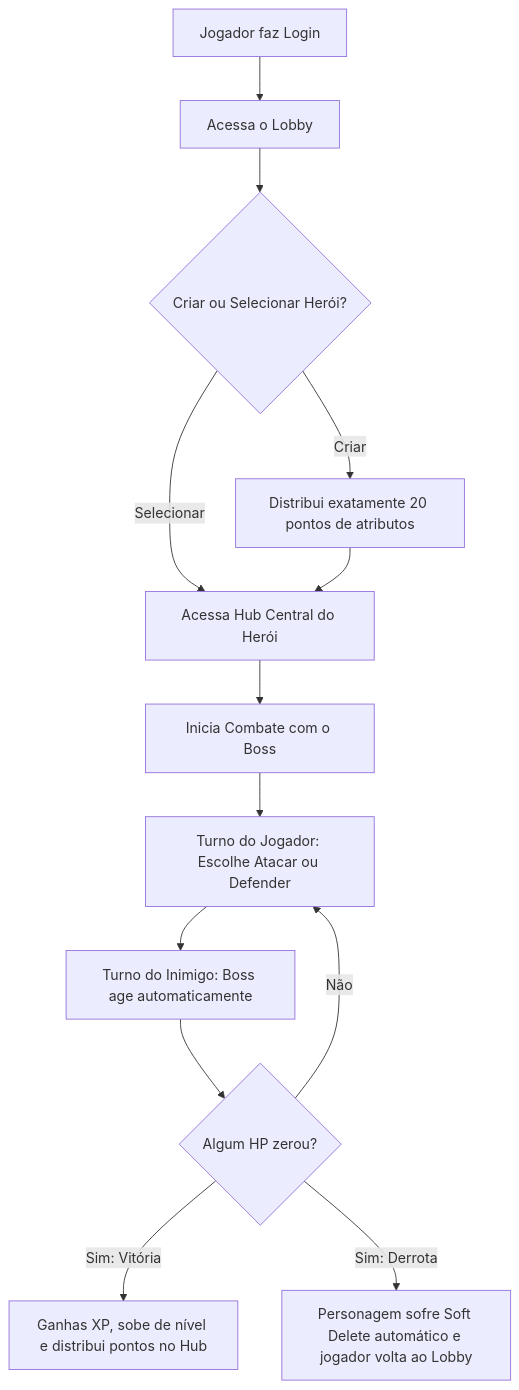
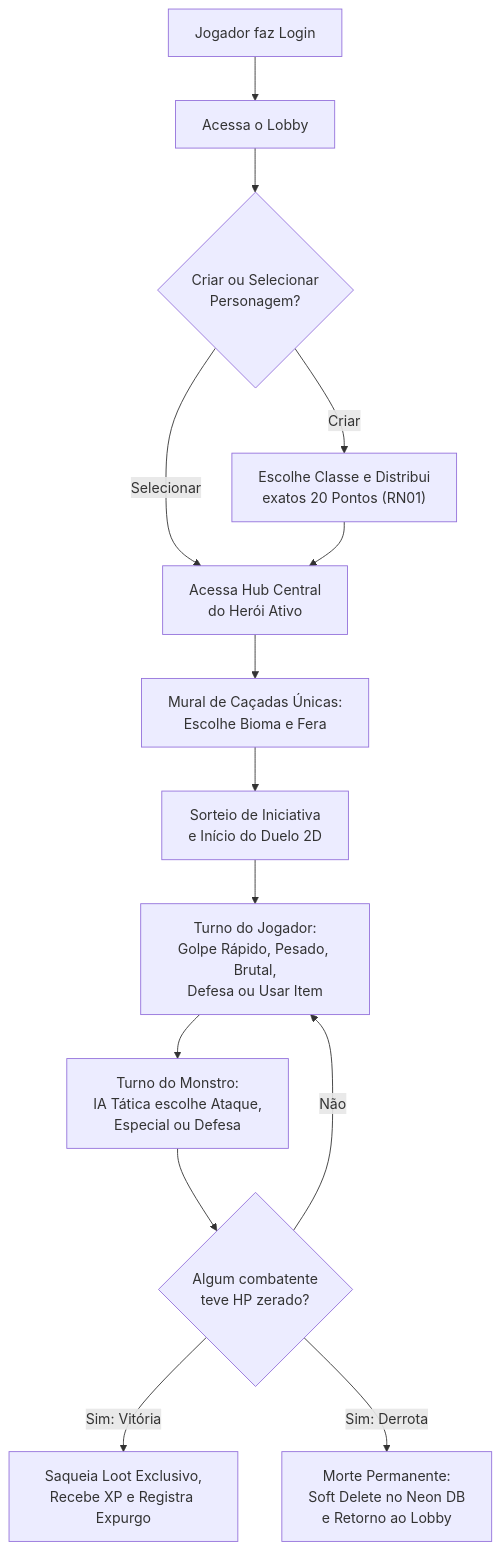
Before and after one commit to Gabriel-Soaress/Fracture_POO_Project: the first of 2 diagrams in projeto-game/config_docs/entregas/documento_entregas_projeto.md, drawn with Mermaid. The commit also changed other lines of this file and 217 other files, not shown here.

````diff
--- a/projeto-game/config_docs/entregas/documento_entregas_projeto.md
+++ b/projeto-game/config_docs/entregas/documento_entregas_projeto.md
@@ -50,15 +51,16 @@
 ```mermaid
 graph TD
-    A[Jogador faz Login] --> B[Acessa o Lobby]
-    B --> C{Criar ou Selecionar Herói?}
-    C -->|Criar| D[Distribui exatamente 20 pontos de atributos]
-    C -->|Selecionar| E[Acessa Hub Central do Herói]
+    A["Jogador faz Login"] --> B["Acessa o Lobby"]
+    B --> C{"Criar ou Selecionar<br/>Personagem?"}
+    C -->|Criar| D["Escolhe Classe e Distribui<br/>exatos 20 Pontos (RN01)"]
+    C -->|Selecionar| E["Acessa Hub Central<br/>do Herói Ativo"]
     D --> E
-    E --> F[Inicia Combate com o Boss]
-    F --> G[Turno do Jogador: Escolhe Atacar ou Defender]
-    G --> H[Turno do Inimigo: Boss age automaticamente]
-    H --> I{Algum HP zerou?}
-    I -->|Não| G
-    I -->|Sim: Vitória| J[Ganhas XP, sobe de nível e distribui pontos no Hub]
-    I -->|Sim: Derrota| K[Personagem sofre Soft Delete automático e jogador volta ao Lobby]
+    E --> F["Mural de Caçadas Únicas:<br/>Escolhe Bioma e Fera"]
+    F --> G["Sorteio de Iniciativa<br/>e Início do Duelo 2D"]
+    G --> H["Turno do Jogador:<br/>Golpe Rápido, Pesado, Brutal,<br/>Defesa ou Usar Item"]
+    H --> I["Turno do Monstro:<br/>IA Tática escolhe Ataque,<br/>Especial ou Defesa"]
+    I --> J{"Algum combatente<br/>teve HP zerado?"}
+    J -->|Não| H
+    J -->|Sim: Vitória| K["Saqueia Loot Exclusivo,<br/>Recebe XP e Registra Expurgo"]
+    J -->|Sim: Derrota| L["Morte Permanente:<br/>Soft Delete no Neon DB<br/>e Retorno ao Lobby"]
 ```
````
